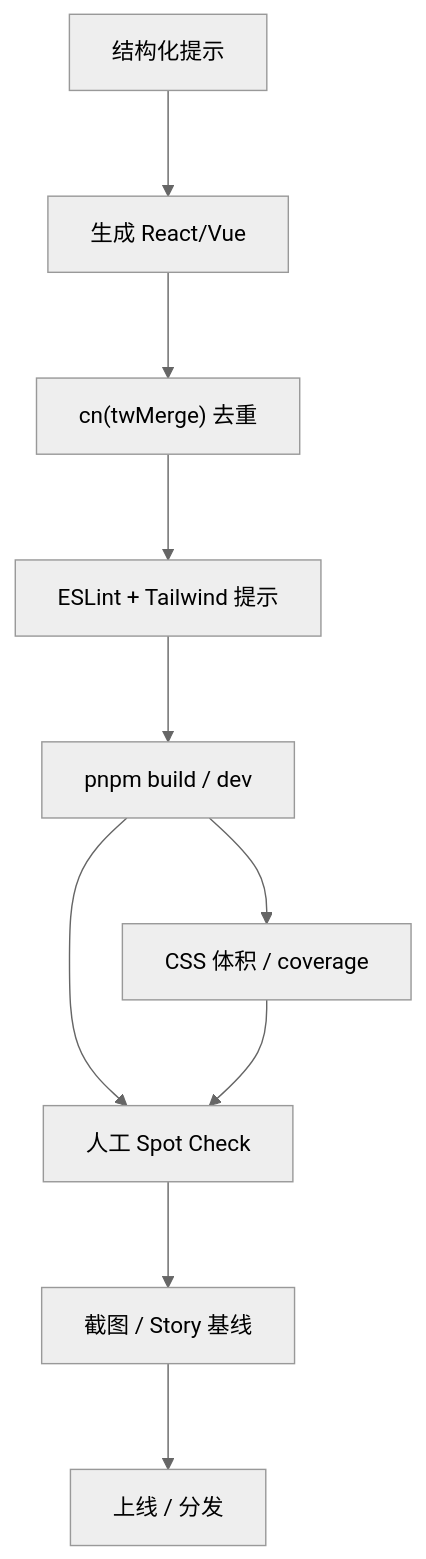
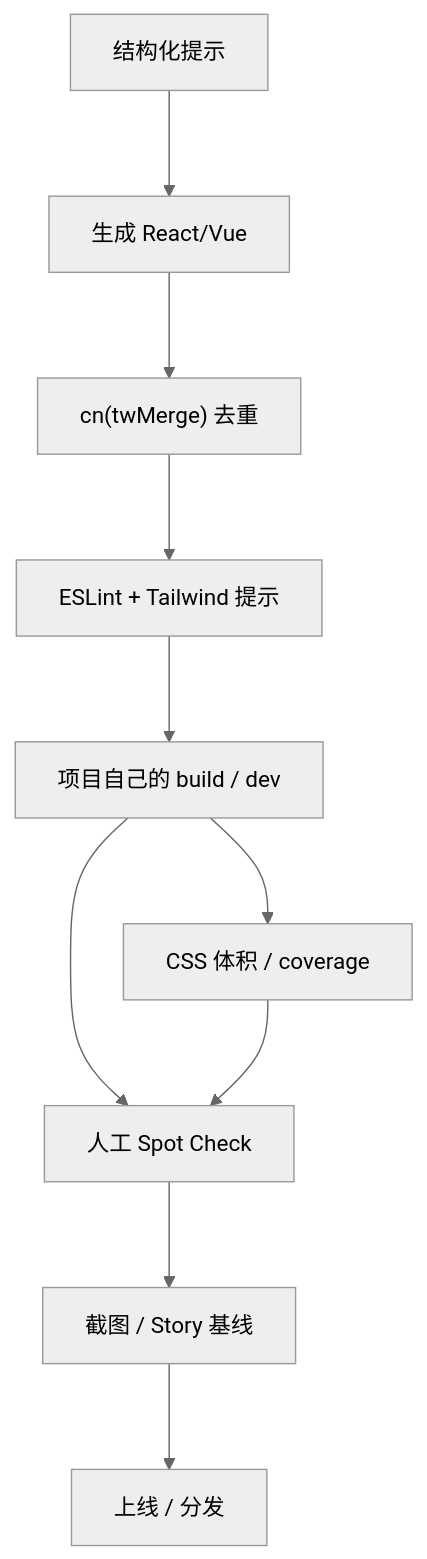
Before and after one commit to sonofmagic/weapp-tailwindcss: the diagram in website/docs/tailwindcss/ai-friendly-and-demos.mdx, drawn with Mermaid (neutral theme). The commit also changed other lines of this file and 37 other files, not shown here.

````diff
--- a/website/docs/tailwindcss/ai-friendly-and-demos.mdx
+++ b/website/docs/tailwindcss/ai-friendly-and-demos.mdx
@@ -263,16 +262,16 @@
 ```mermaid
 %%{ init: { "flowchart": { "curve": "basis", "nodeSpacing": 55, "rankSpacing": 75 } } }%%
 flowchart TB
   Prompt["结构化提示"]
   Gen["生成 React/Vue"]
   Merge["cn(twMerge) 去重"]
   Lint["ESLint + Tailwind 提示"]
-  Build["pnpm build / dev"]
+  Build["项目自己的 build / dev"]
   Review["人工 Spot Check"]
   Snapshot["截图 / Story 基线"]
   Deploy["上线 / 分发"]
   Metrics["CSS 体积 / coverage"]
 
   Prompt --> Gen --> Merge --> Lint --> Build --> Review --> Snapshot --> Deploy
   Build --> Metrics --> Review
 ```
````
